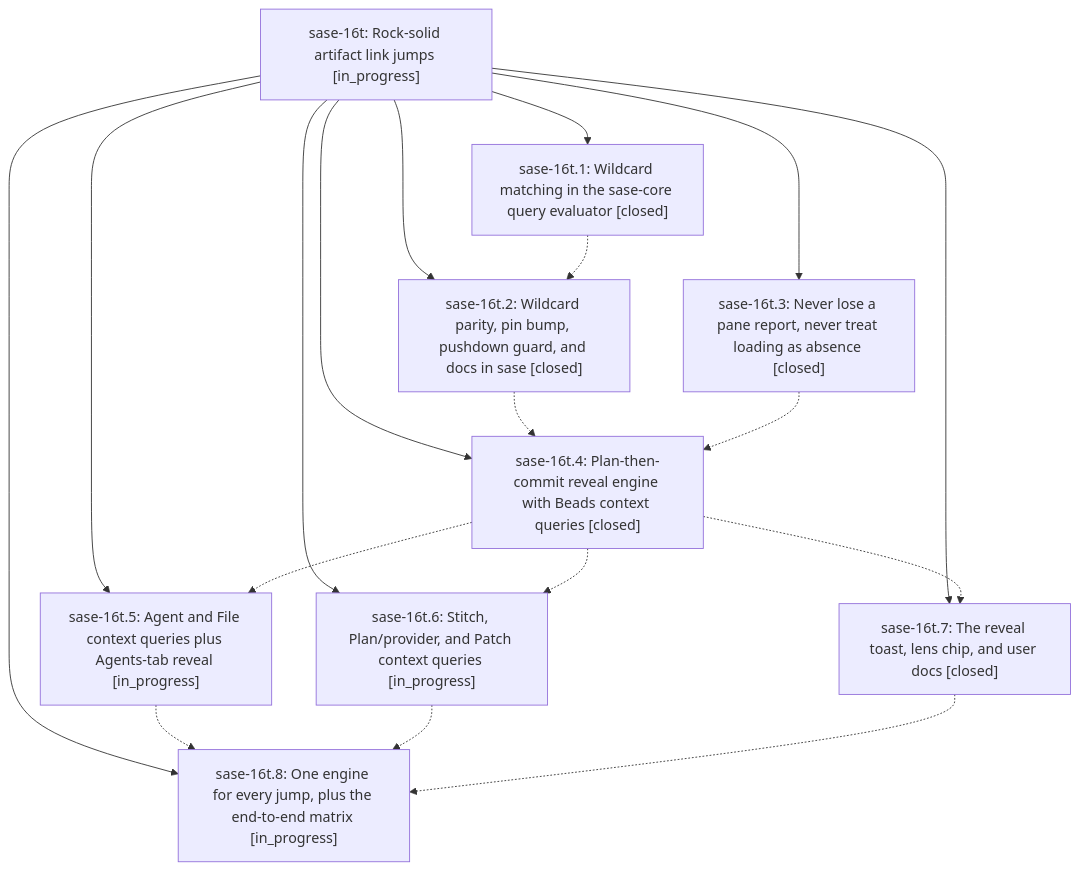
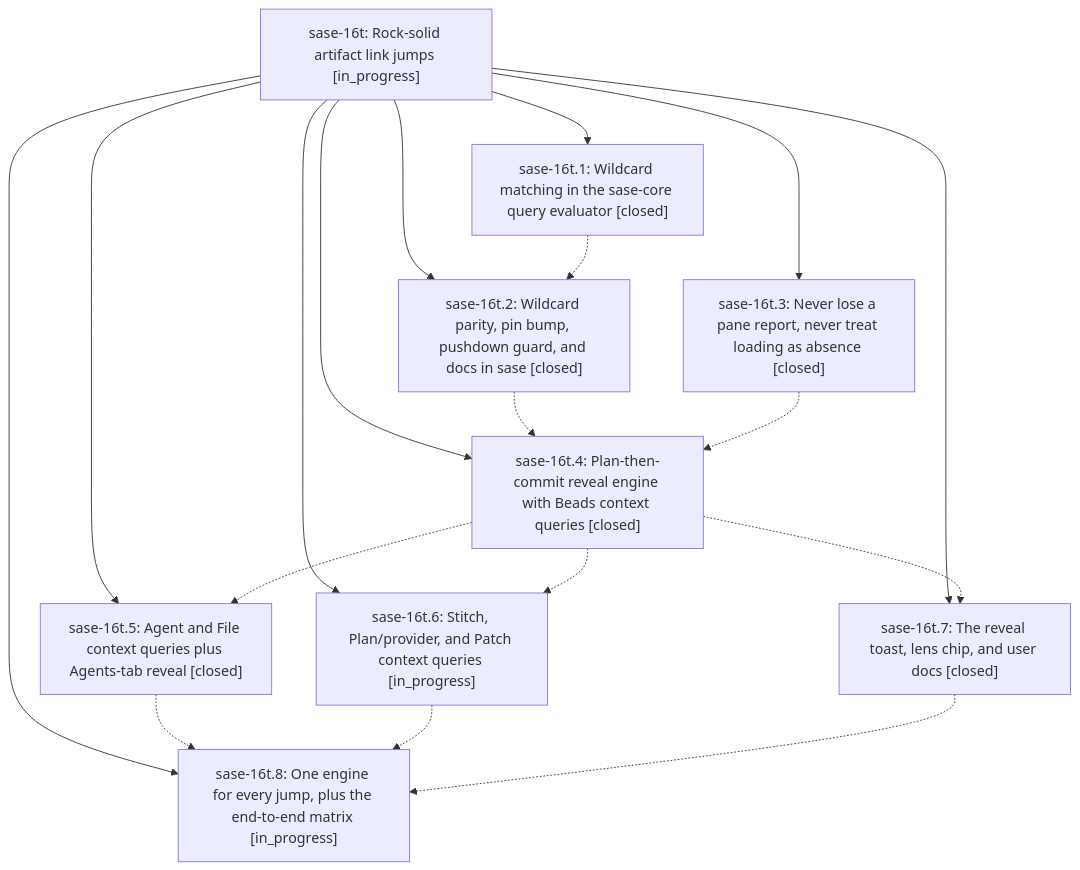
The diagram in pages/sase-16t/README.md (sase-org/sase--beads), drawn with Mermaid before and after one commit. The commit also changed other lines of this file and 3 other files, not shown here.

````diff
--- a/pages/sase-16t/README.md
+++ b/pages/sase-16t/README.md
@@ -29,29 +29,29 @@
 ```mermaid
 flowchart TD
     n0["sase-16t: Rock-solid artifact link jumps [in_progress]"]
     n1["sase-16t.1: Wildcard matching in the sase-core query evaluator [closed]"]
     n2["sase-16t.2: Wildcard parity, pin bump, pushdown guard, and docs in sase [closed]"]
     n3["sase-16t.3: Never lose a pane report, never treat loading as absence [closed]"]
     n4["sase-16t.4: Plan-then-commit reveal engine with Beads context queries [closed]"]
-    n5["sase-16t.5: Agent and File context queries plus Agents-tab reveal [in_progress]"]
+    n5["sase-16t.5: Agent and File context queries plus Agents-tab reveal [closed]"]
     n6["sase-16t.6: Stitch, Plan/provider, and Patch context queries [in_progress]"]
     n7["sase-16t.7: The reveal toast, lens chip, and user docs [closed]"]
     n8["sase-16t.8: One engine for every jump, plus the end-to-end matrix [in_progress]"]
     n0 --> n1
     n0 --> n2
     n0 --> n3
     n0 --> n4
     n0 --> n5
     n0 --> n6
     n0 --> n7
     n0 --> n8
     n1 -.-> n2
     n2 -.-> n4
     n3 -.-> n4
     n4 -.-> n5
     n4 -.-> n6
     n4 -.-> n7
     n5 -.-> n8
     n6 -.-> n8
     n7 -.-> n8
 ```
````
